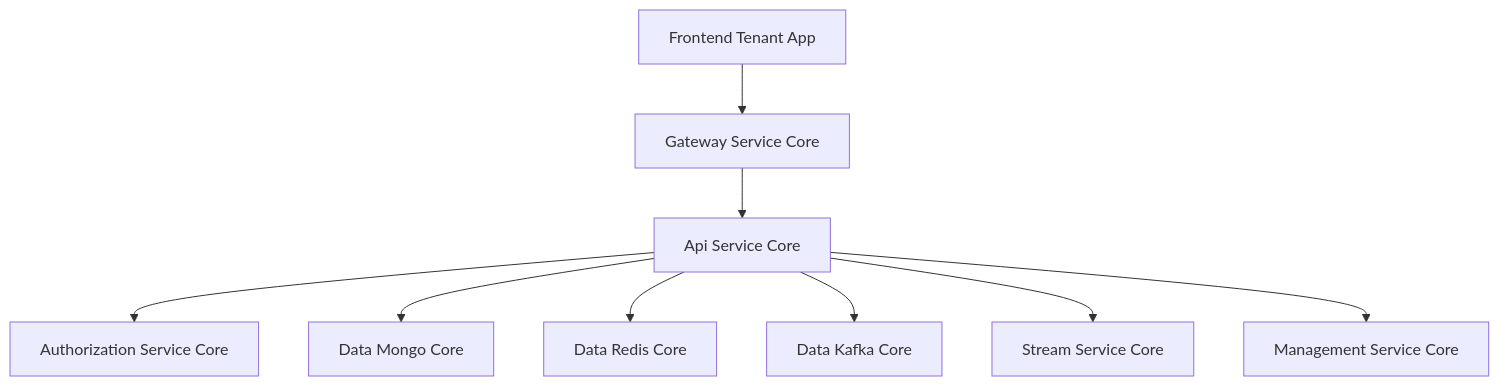
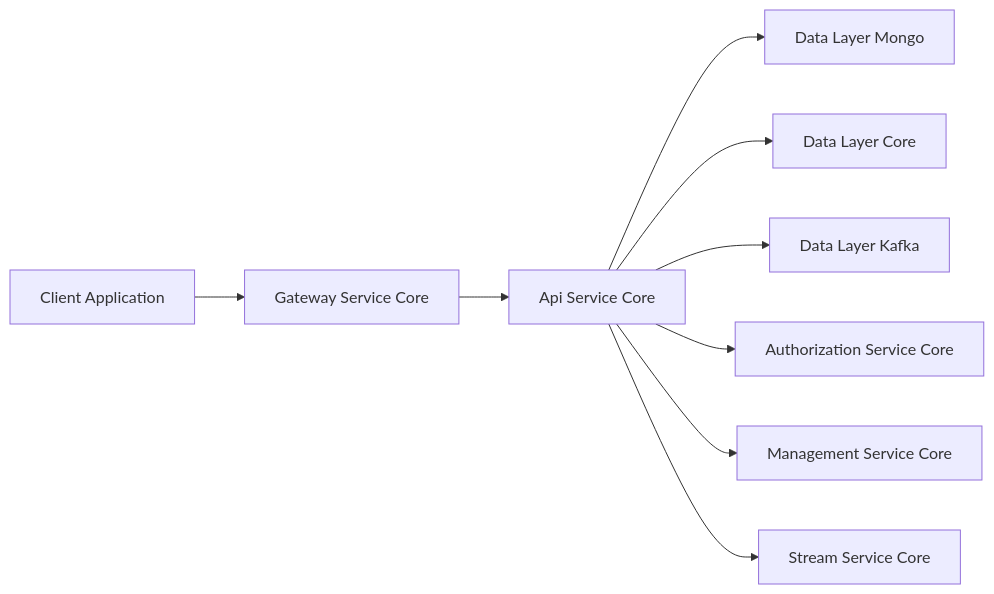
One commit to Praesto-Pro/openframe-oss-tenant changed the first of 5 diagrams in docs/architecture/api-service-core/api-service-core.md. Above: the diagram before and after it, drawn with Mermaid. The commit also changed other lines of this file and 149 other files, not shown here.

````diff
--- a/docs/architecture/api-service-core/api-service-core.md
+++ b/docs/architecture/api-service-core/api-service-core.md
@@ -32,13 +20,13 @@
 ```mermaid
-flowchart TD
-    Client["Frontend Tenant App"] --> Gateway["Gateway Service Core"]
-    Gateway --> ApiService["Api Service Core"]
+flowchart LR
+    Client["Client Application"] --> Gateway["Gateway Service Core"]
+    Gateway --> Api["Api Service Core"]
 
-    ApiService --> Authz["Authorization Service Core"]
-    ApiService --> Mongo["Data Mongo Core"]
-    ApiService --> Redis["Data Redis Core"]
-    ApiService --> Kafka["Data Kafka Core"]
+    Api --> DataMongo["Data Layer Mongo"]
+    Api --> DataCore["Data Layer Core"]
+    Api --> Kafka["Data Layer Kafka"]
 
-    ApiService --> Stream["Stream Service Core"]
-    ApiService --> Management["Management Service Core"]
+    Api --> Authz["Authorization Service Core"]
+    Api --> Mgmt["Management Service Core"]
+    Api --> Stream["Stream Service Core"]
 ```
````
